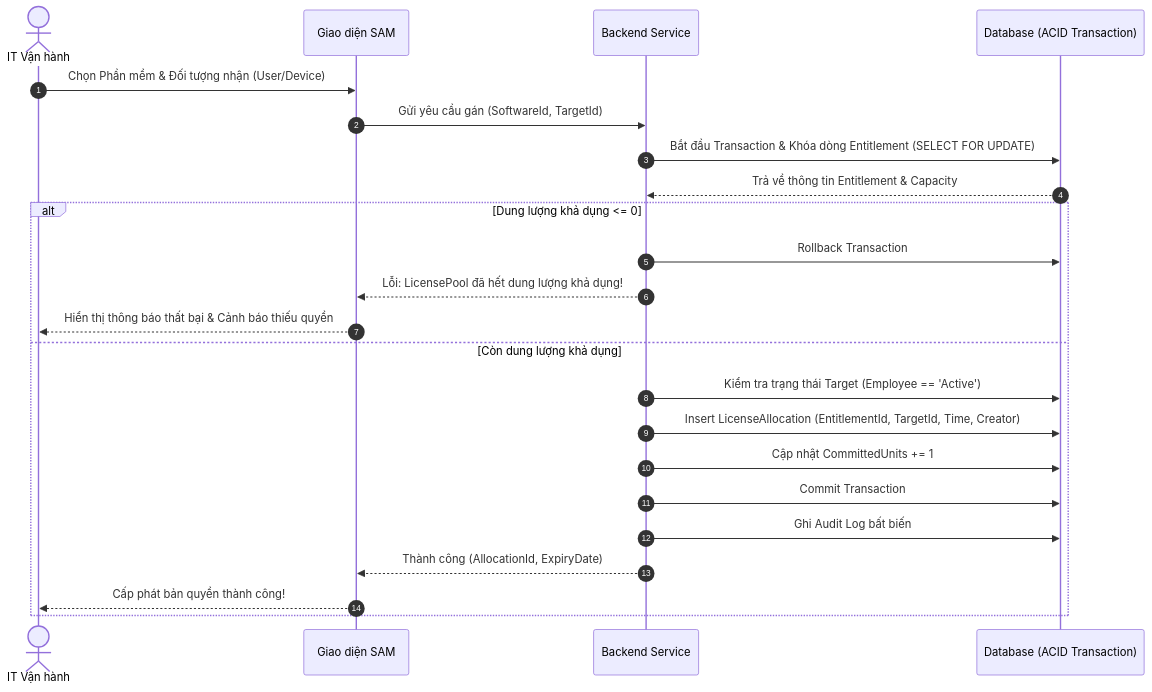
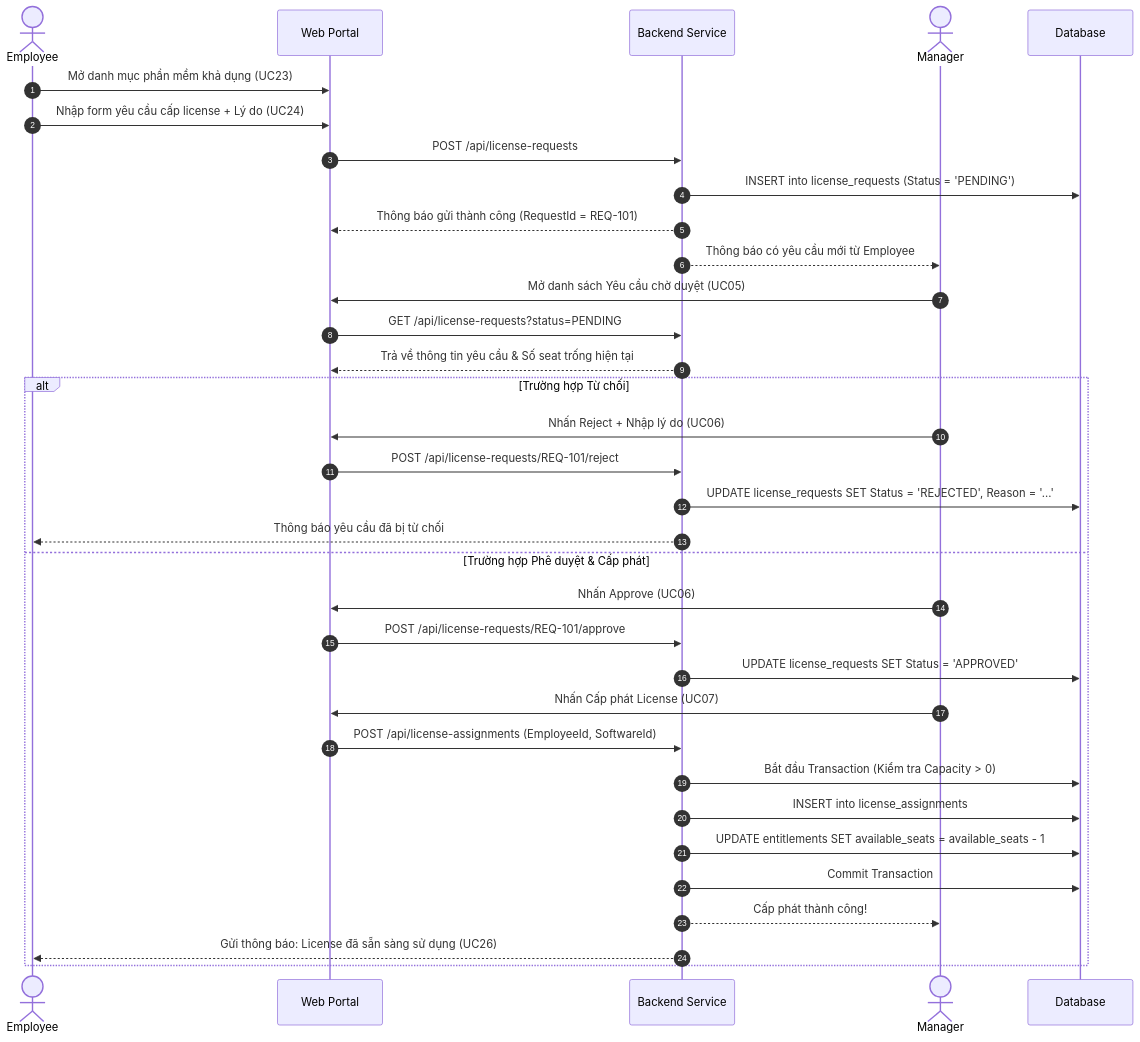
One commit to cuonglpv/VFast changed the third of 4 diagrams in docs/02-use-cases.md. Above: the diagram before and after it, drawn with Mermaid. The commit also changed other lines of this file and 3 other files, not shown here.

Commit message:
docs: align requirements, MVP, use cases, and user stories with chatgpt analysis (3-role ELMS architecture, 2-week plan)

````diff
--- a/docs/02-use-cases.md
+++ b/docs/02-use-cases.md
@@ -249,26 +248,40 @@
 ```mermaid
 sequenceDiagram
     autonumber
-    actor IT as IT Vận hành
-    participant UI as Giao diện SAM
+    actor Emp as Employee
+    participant UI as Web Portal
     participant API as Backend Service
-    participant DB as Database (ACID Transaction)
+    actor Mgr as Manager
+    participant DB as Database
+
+    Emp->>UI: Mở danh mục phần mềm khả dụng (UC23)
+    Emp->>UI: Nhập form yêu cầu cấp license + Lý do (UC24)
+    UI->>API: POST /api/license-requests
+    API->>DB: INSERT into license_requests (Status = 'PENDING')
+    API-->>UI: Thông báo gửi thành công (RequestId = REQ-101)
     
-    IT->>UI: Chọn Phần mềm & Đối tượng nhận (User/Device)
-    UI->>API: Gửi yêu cầu gán (SoftwareId, TargetId)
-    API->>DB: Bắt đầu Transaction & Khóa dòng Entitlement (SELECT FOR UPDATE)
-    DB-->>API: Trả về thông tin Entitlement & Capacity
-    alt Dung lượng khả dụng <= 0
-        API->>DB: Rollback Transaction
-        API-->>UI: Lỗi: LicensePool đã hết dung lượng khả dụng!
-        UI-->>IT: Hiển thị thông báo thất bại & Cảnh báo thiếu quyền
-    else Còn dung lượng khả dụng
-        API->>DB: Kiểm tra trạng thái Target (Employee == 'Active')
-        API->>DB: Insert LicenseAllocation (EntitlementId, TargetId, Time, Creator)
-        API->>DB: Cập nhật CommittedUnits += 1
+    API-->>Mgr: Thông báo có yêu cầu mới từ Employee
+    Mgr->>UI: Mở danh sách Yêu cầu chờ duyệt (UC05)
+    UI->>API: GET /api/license-requests?status=PENDING
+    API-->>UI: Trả về thông tin yêu cầu & Số seat trống hiện tại
+    
+    alt Trường hợp Từ chối
+        Mgr->>UI: Nhấn Reject + Nhập lý do (UC06)
+        UI->>API: POST /api/license-requests/REQ-101/reject
+        API->>DB: UPDATE license_requests SET Status = 'REJECTED', Reason = '...'
+        API-->>Emp: Thông báo yêu cầu đã bị từ chối
+    else Trường hợp Phê duyệt & Cấp phát
+        Mgr->>UI: Nhấn Approve (UC06)
+        UI->>API: POST /api/license-requests/REQ-101/approve
+        API->>DB: UPDATE license_requests SET Status = 'APPROVED'
+        
+        Mgr->>UI: Nhấn Cấp phát License (UC07)
+        UI->>API: POST /api/license-assignments (EmployeeId, SoftwareId)
+        API->>DB: Bắt đầu Transaction (Kiểm tra Capacity > 0)
+        API->>DB: INSERT into license_assignments
+        API->>DB: UPDATE entitlements SET available_seats = available_seats - 1
         API->>DB: Commit Transaction
-        API->>DB: Ghi Audit Log bất biến
-        API-->>UI: Thành công (AllocationId, ExpiryDate)
-        UI-->>IT: Cấp phát bản quyền thành công!
+        API-->>Mgr: Cấp phát thành công!
+        API-->>Emp: Gửi thông báo: License đã sẵn sàng sử dụng (UC26)
     end
 ```
````
